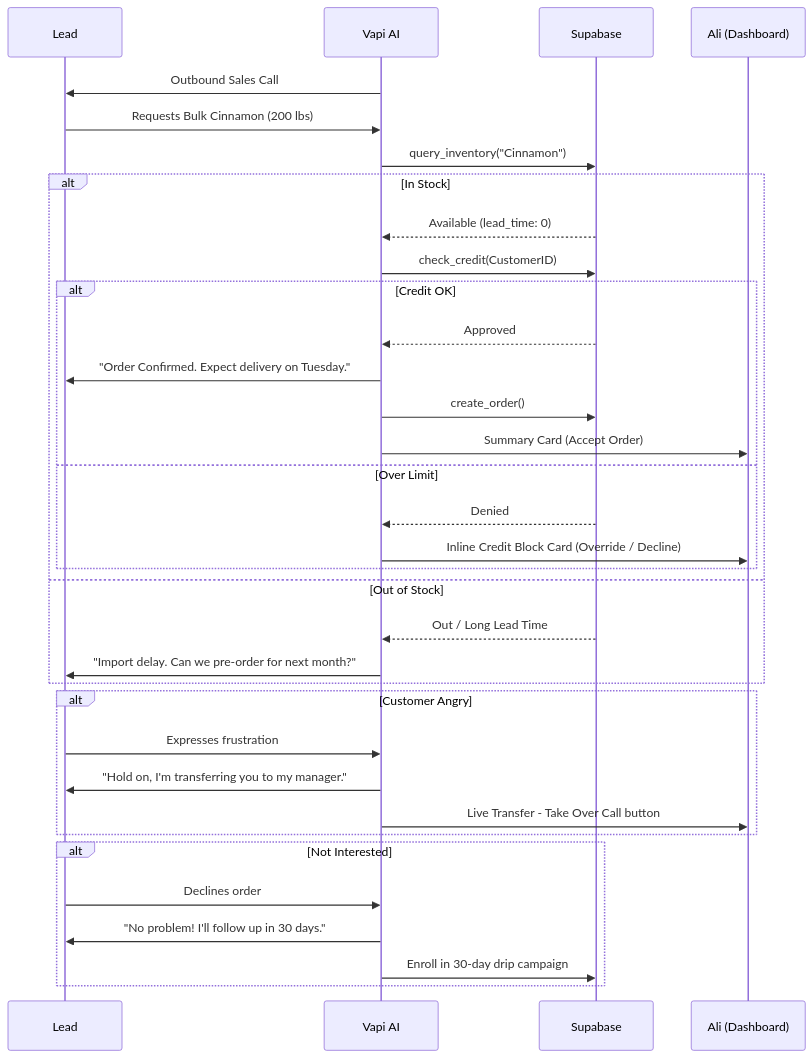
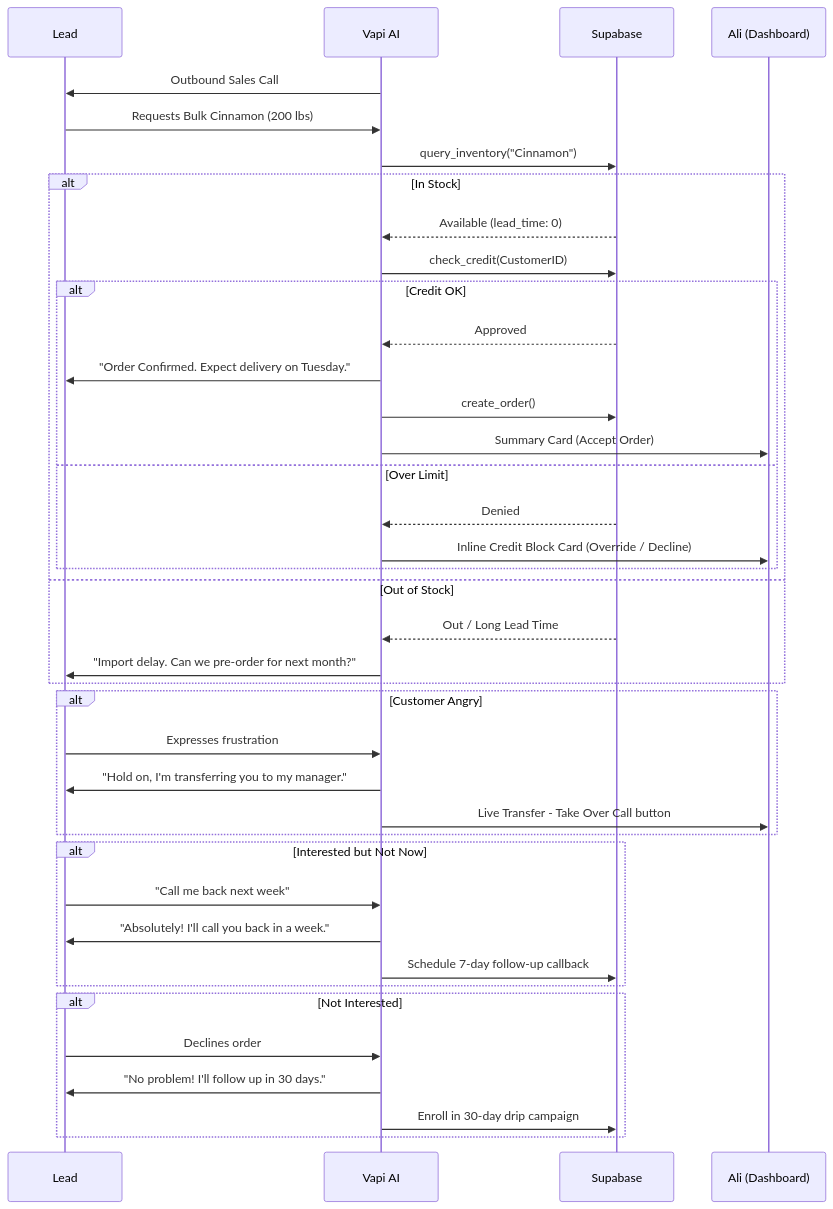
The second of 2 diagrams in ARCHITECTURE.md (sk6786/AliWholesaleSaas), drawn with Mermaid before and after one commit. The commit also changed other lines of this file and 9 other files, not shown here.

Commit message:
Final audit: fix Follow-up outcome rendering, add Follow-up state to all docs/diagrams/schema, update slide 10 roadmap, add territory filter + outreach actions to demo walkthrough

````diff
--- a/ARCHITECTURE.md
+++ b/ARCHITECTURE.md
@@ -48,39 +48,45 @@
 ```mermaid
 sequenceDiagram
     participant L as Lead
     participant V as Vapi AI
     participant S as Supabase
     participant A as Ali (Dashboard)
 
     V->>L: Outbound Sales Call
     L->>V: Requests Bulk Cinnamon (200 lbs)
     V->>S: query_inventory("Cinnamon")
     alt In Stock
         S-->>V: Available (lead_time: 0)
         V->>S: check_credit(CustomerID)
         alt Credit OK
             S-->>V: Approved
             V->>L: "Order Confirmed. Expect delivery on Tuesday."
             V->>S: create_order()
             V->>A: Summary Card (Accept Order)
         else Over Limit
             S-->>V: Denied
             V->>A: Inline Credit Block Card (Override / Decline)
         end
     else Out of Stock
         S-->>V: Out / Long Lead Time
         V->>L: "Import delay. Can we pre-order for next month?"
     end
 
     alt Customer Angry
         L->>V: Expresses frustration
         V->>L: "Hold on, I'm transferring you to my manager."
         V->>A: Live Transfer - Take Over Call button
     end
 
+    alt Interested but Not Now
+        L->>V: "Call me back next week"
+        V->>L: "Absolutely! I'll call you back in a week."
+        V->>S: Schedule 7-day follow-up callback
+    end
+
     alt Not Interested
         L->>V: Declines order
         V->>L: "No problem! I'll follow up in 30 days."
         V->>S: Enroll in 30-day drip campaign
     end
 ```
````
